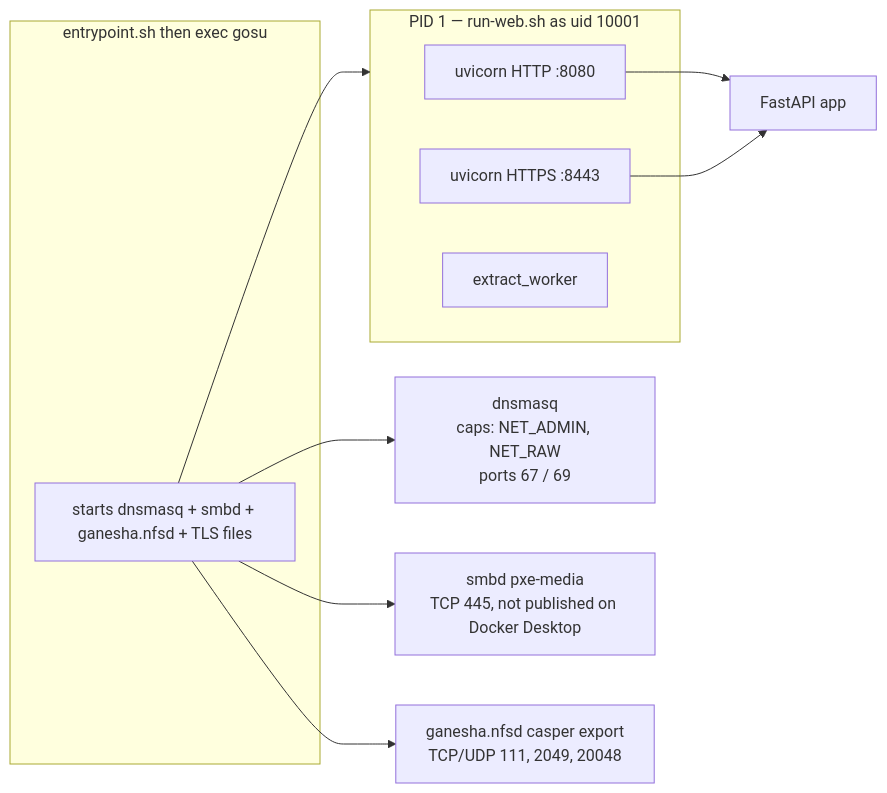
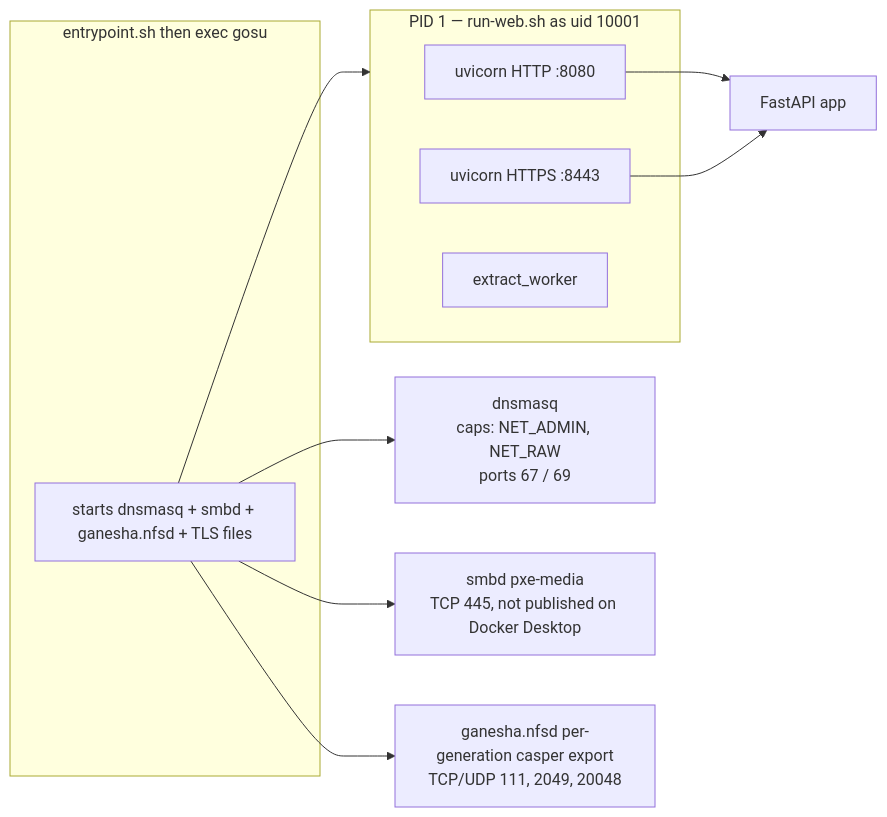
One commit to hometinker12/home-lab-pxe changed the second of 24 diagrams in ARCHITECTURE.md. Above: the diagram before and after it, drawn with Mermaid. The commit also changed 23 other files, not shown here.

First line of the commit message:
Cut 0.2.0 with per-generation NFS casper exports

````diff
--- a/ARCHITECTURE.md
+++ b/ARCHITECTURE.md
@@ -59,17 +59,17 @@
 ```mermaid
 flowchart LR
    subgraph pid1["PID 1 — run-web.sh as uid 10001"]
     H["uvicorn HTTP :8080"]
     S["uvicorn HTTPS :8443"]
     X["extract_worker"]
   end
   subgraph root["entrypoint.sh then exec gosu"]
     E["starts dnsmasq + smbd + ganesha.nfsd + TLS files"]
   end
   E --> D["dnsmasq<br/>caps: NET_ADMIN, NET_RAW<br/>ports 67 / 69"]
   E --> SMB["smbd pxe-media<br/>TCP 445, not published on Docker Desktop"]
-  E --> NFS["ganesha.nfsd casper export<br/>TCP/UDP 111, 2049, 20048"]
+  E --> NFS["ganesha.nfsd per-generation casper export<br/>TCP/UDP 111, 2049, 20048"]
   E --> pid1
   H --> F["FastAPI app"]
   S --> F
 ```
````
